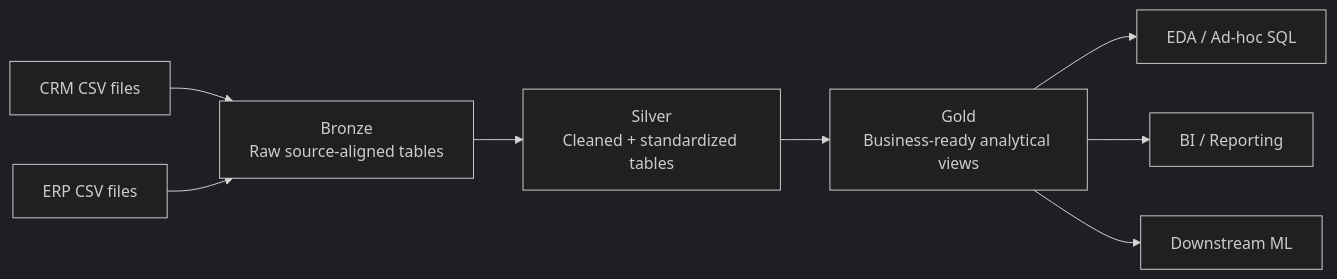
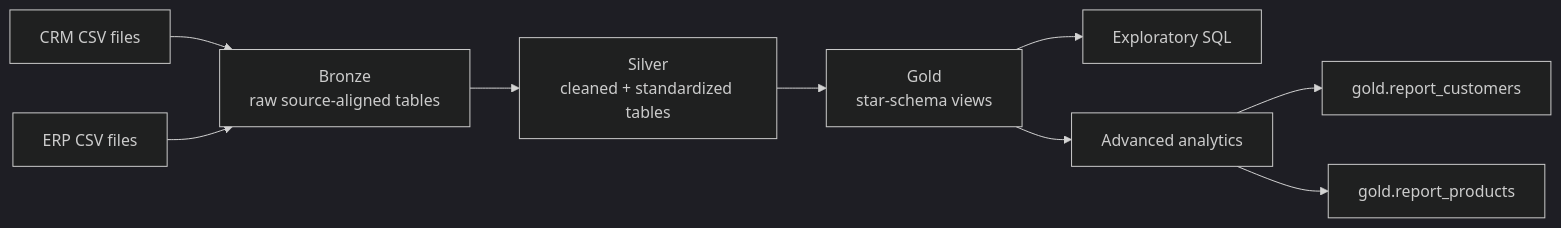
One commit to gw-ai-security/sql-data-engineering-portfolio changed the diagram in README.md. Above: the diagram before and after it, drawn with Mermaid (dark theme). The commit also changed other lines of this file and 15 other files, not shown here.

````diff
--- a/README.md
+++ b/README.md
@@ -21,10 +17,11 @@
 ```mermaid
 flowchart LR
-    CRM[CRM CSV files] --> B[Bronze\nRaw source-aligned tables]
+    CRM[CRM CSV files] --> B[Bronze\nraw source-aligned tables]
     ERP[ERP CSV files] --> B
-    B --> S[Silver\nCleaned + standardized tables]
-    S --> G[Gold\nBusiness-ready analytical views]
-    G --> EDA[EDA / Ad-hoc SQL]
-    G --> BI[BI / Reporting]
-    G --> ML[Downstream ML]
+    B --> S[Silver\ncleaned + standardized tables]
+    S --> G[Gold\nstar-schema views]
+    G --> EDA[Exploratory SQL]
+    G --> ADV[Advanced analytics]
+    ADV --> CR[gold.report_customers]
+    ADV --> PR[gold.report_products]
 ```
````
